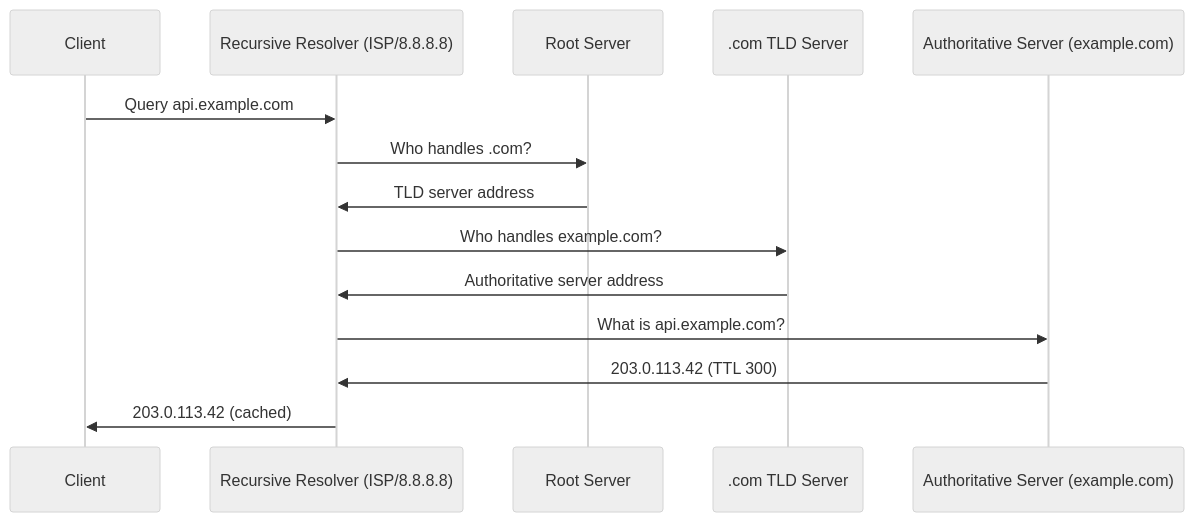
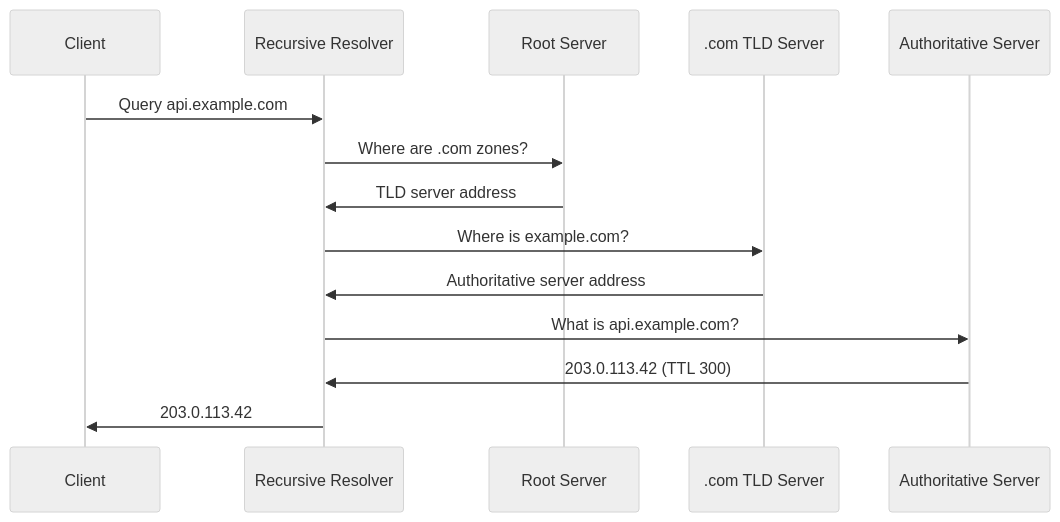
The diagram in Vault/Home/Networks/Protocols/DNS.md (grafanaKibana/devbook.zip), drawn with Mermaid (neutral theme) before and after one commit. The commit also changed other lines of this file and 128 other files, not shown here.

````diff
--- a/Vault/Home/Networks/Protocols/DNS.md
+++ b/Vault/Home/Networks/Protocols/DNS.md
@@ -23,17 +19,17 @@
 ```mermaid
 sequenceDiagram
   participant Client
-  participant Resolver as Recursive Resolver (ISP/8.8.8.8)
+  participant Resolver as Recursive Resolver
   participant Root as Root Server
   participant TLD as .com TLD Server
-  participant Auth as Authoritative Server (example.com)
+  participant Auth as Authoritative Server
 
   Client->>Resolver: Query api.example.com
-  Resolver->>Root: Who handles .com?
+  Resolver->>Root: Where are .com zones?
   Root->>Resolver: TLD server address
-  Resolver->>TLD: Who handles example.com?
+  Resolver->>TLD: Where is example.com?
   TLD->>Resolver: Authoritative server address
   Resolver->>Auth: What is api.example.com?
   Auth->>Resolver: 203.0.113.42 (TTL 300)
-  Resolver->>Client: 203.0.113.42 (cached)
+  Resolver->>Client: 203.0.113.42
 ```
````
